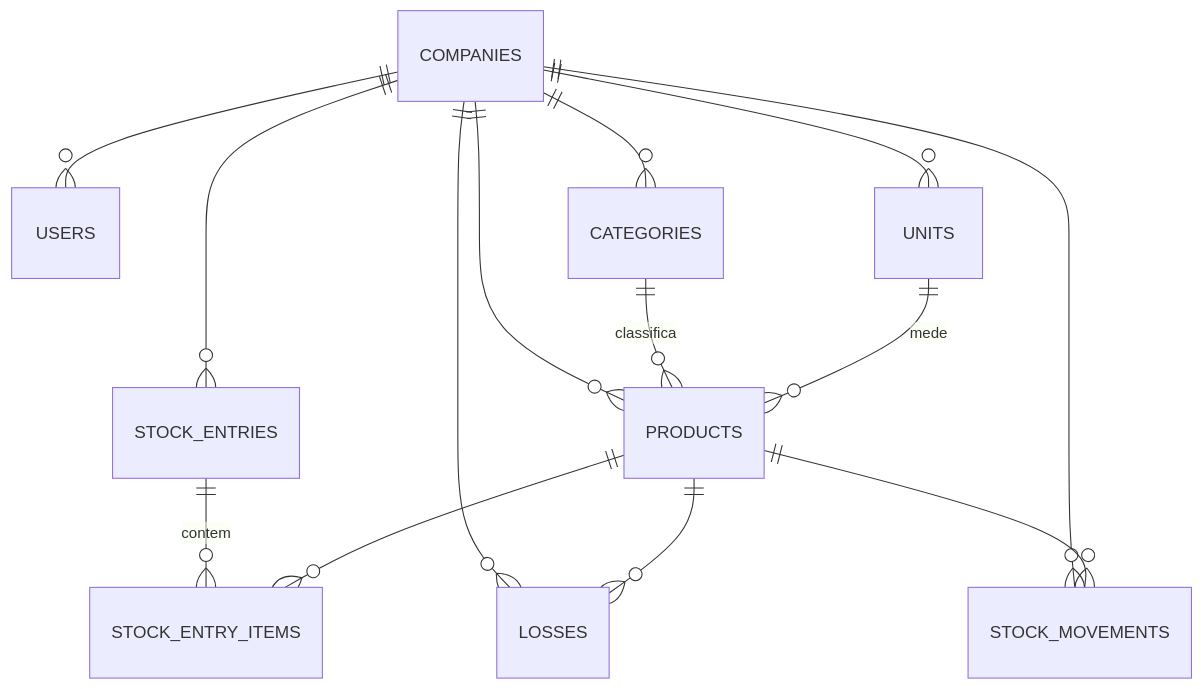
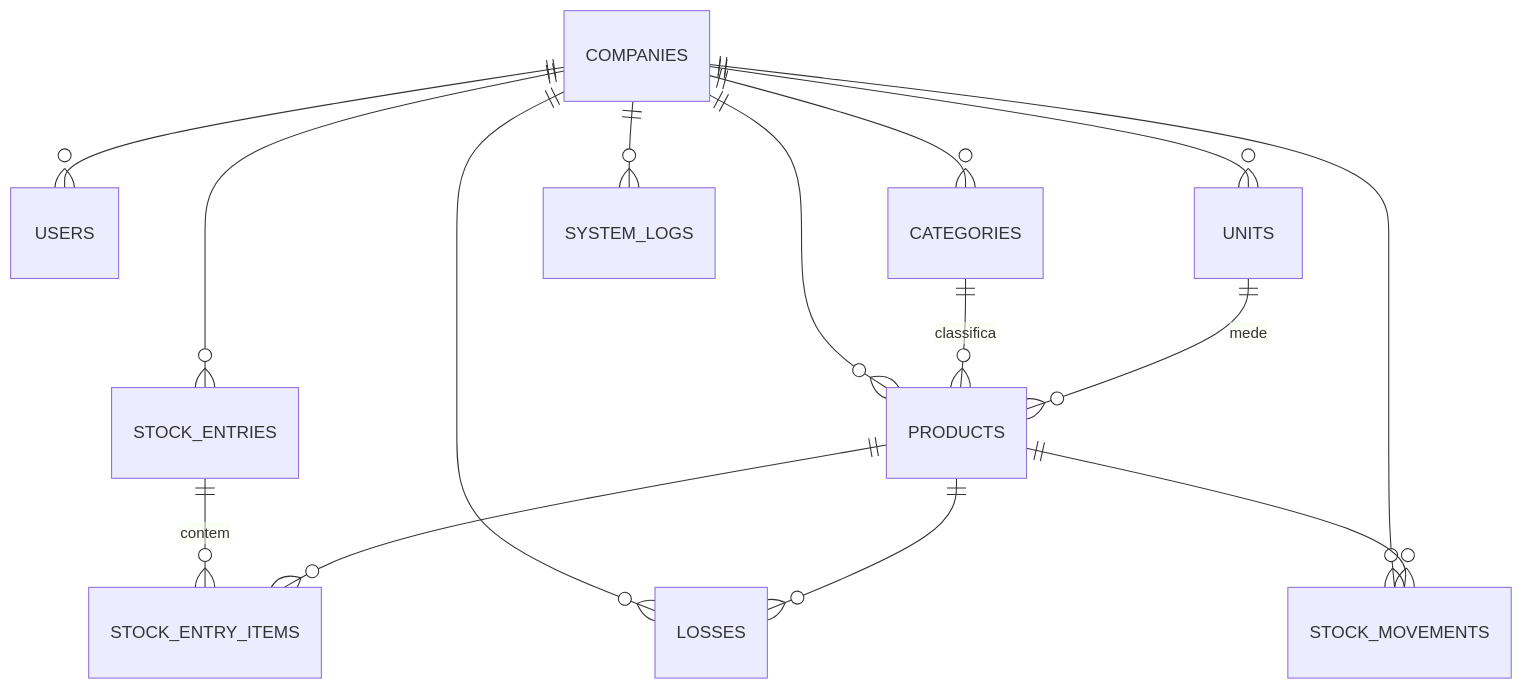
One commit to ERP-LITE/HortiERP-Lite changed the diagram in docs/modelo-de-dados.md. Above: the diagram before and after it, drawn with Mermaid. The commit also changed other lines of this file and 22 other files, not shown here.

````diff
--- a/docs/modelo-de-dados.md
+++ b/docs/modelo-de-dados.md
@@ -14,16 +14,17 @@
 ```mermaid
 erDiagram
   COMPANIES ||--o{ USERS : ""
   COMPANIES ||--o{ CATEGORIES : ""
   COMPANIES ||--o{ UNITS : ""
   COMPANIES ||--o{ PRODUCTS : ""
   COMPANIES ||--o{ STOCK_ENTRIES : ""
   COMPANIES ||--o{ LOSSES : ""
   COMPANIES ||--o{ STOCK_MOVEMENTS : ""
+  COMPANIES ||--o{ SYSTEM_LOGS : ""
   CATEGORIES ||--o{ PRODUCTS : classifica
   UNITS ||--o{ PRODUCTS : mede
   STOCK_ENTRIES ||--o{ STOCK_ENTRY_ITEMS : contem
   PRODUCTS ||--o{ STOCK_ENTRY_ITEMS : ""
   PRODUCTS ||--o{ LOSSES : ""
   PRODUCTS ||--o{ STOCK_MOVEMENTS : ""
 ```
````
